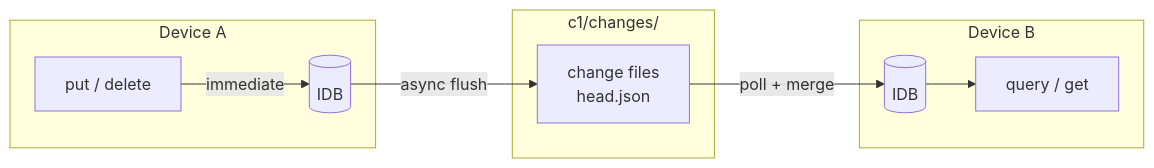
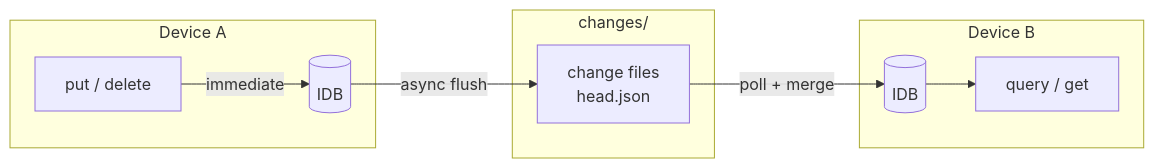
Before and after one commit to Machine-Garden/interocitor: the diagram in README.md, drawn with Mermaid. The commit also changed other lines of this file and 8 other files, not shown here.

````diff
--- a/README.md
+++ b/README.md
@@ -143,18 +107,18 @@
 ```mermaid
 flowchart LR
     subgraph A [Device A]
         PUT["put / delete"] -->|immediate| IDBA[(IDB)]
     end
 
     IDBA -->|async flush| CLOUD
 
-    subgraph Cloud [c1/changes/]
+    subgraph Cloud [changes/]
         CLOUD["change files\nhead.json"]
     end
 
     CLOUD -->|poll + merge| IDBB
 
     subgraph B [Device B]
         IDBB[(IDB)] --> QUERY["query / get"]
     end
 ```
````
